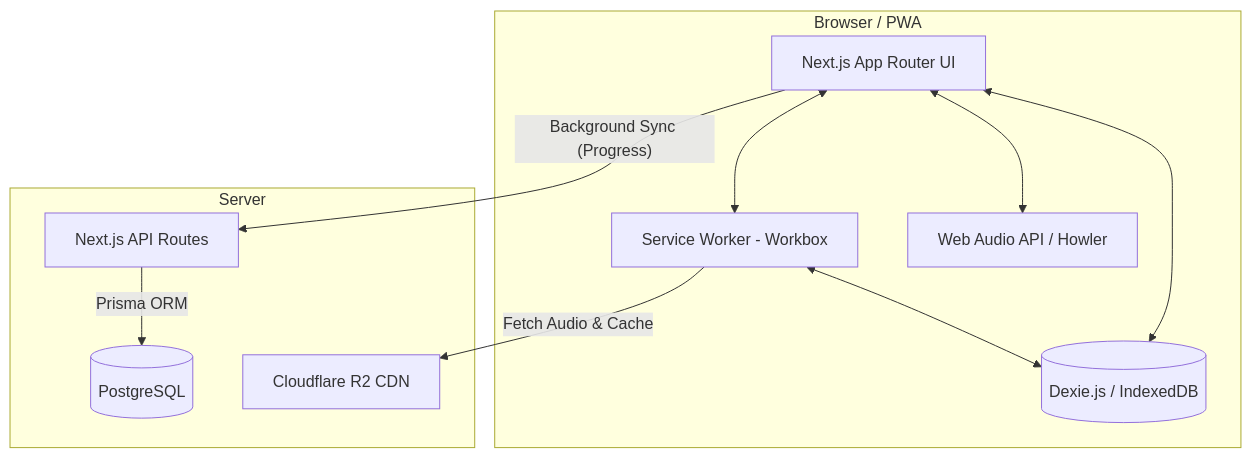
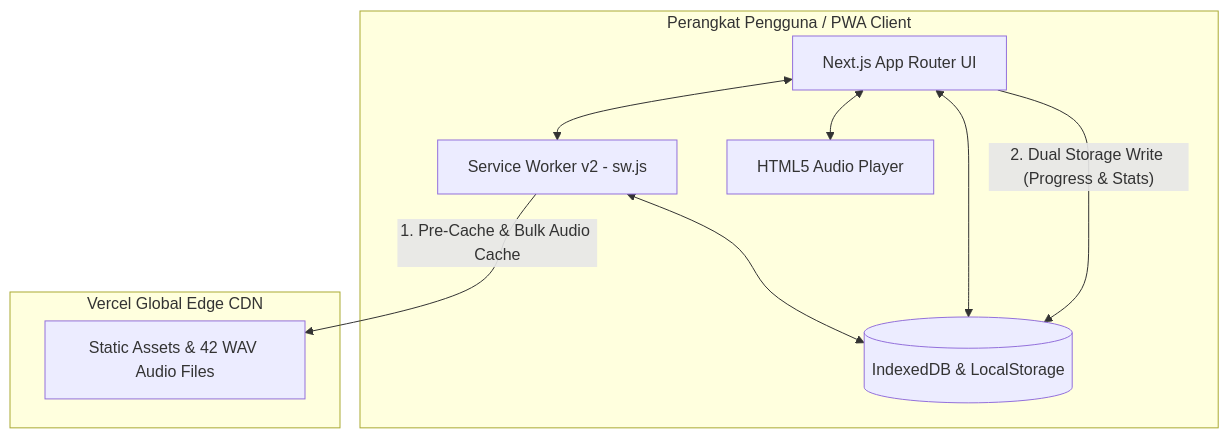
One commit to Irs622/dengarbainweb changed the diagram in docs/architecture.md. Above: the diagram before and after it, drawn with Mermaid. The commit also changed other lines of this file and 5 other files, not shown here.

Commit message:
docs: perbarui seluruh dokumentasi arsitektur, aksesibilitas, testing, user-flow, dan live production demo

````diff
--- a/docs/architecture.md
+++ b/docs/architecture.md
@@ -9,24 +9,21 @@
 ```mermaid
 graph TD
-    subgraph Client [Browser / PWA]
+    subgraph Client [Perangkat Pengguna / PWA Client]
         UI[Next.js App Router UI]
-        SW[Service Worker - Workbox]
-        IDB[(Dexie.js / IndexedDB)]
-        AE[Web Audio API / Howler]
+        SW[Service Worker v2 - sw.js]
+        IDB[(IndexedDB & LocalStorage)]
+        AE[HTML5 Audio Player]
         
         UI <--> SW
         SW <--> IDB
         UI <--> AE
         UI <--> IDB
     end
 
-    subgraph Backend [Server]
-        API[Next.js API Routes]
-        DB[(PostgreSQL)]
-        CDN[Cloudflare R2 CDN]
+    subgraph Hosting [Vercel Global Edge CDN]
+        VercelCDN[Static Assets & 42 WAV Audio Files]
     end
 
-    SW -- "Fetch Audio & Cache" --> CDN
-    UI -- "Background Sync (Progress)" --> API
-    API -- "Prisma ORM" --> DB
+    SW -- "1. Pre-Cache & Bulk Audio Cache" --> VercelCDN
+    UI -- "2. Dual Storage Write (Progress & Stats)" --> IDB
 ```
````
